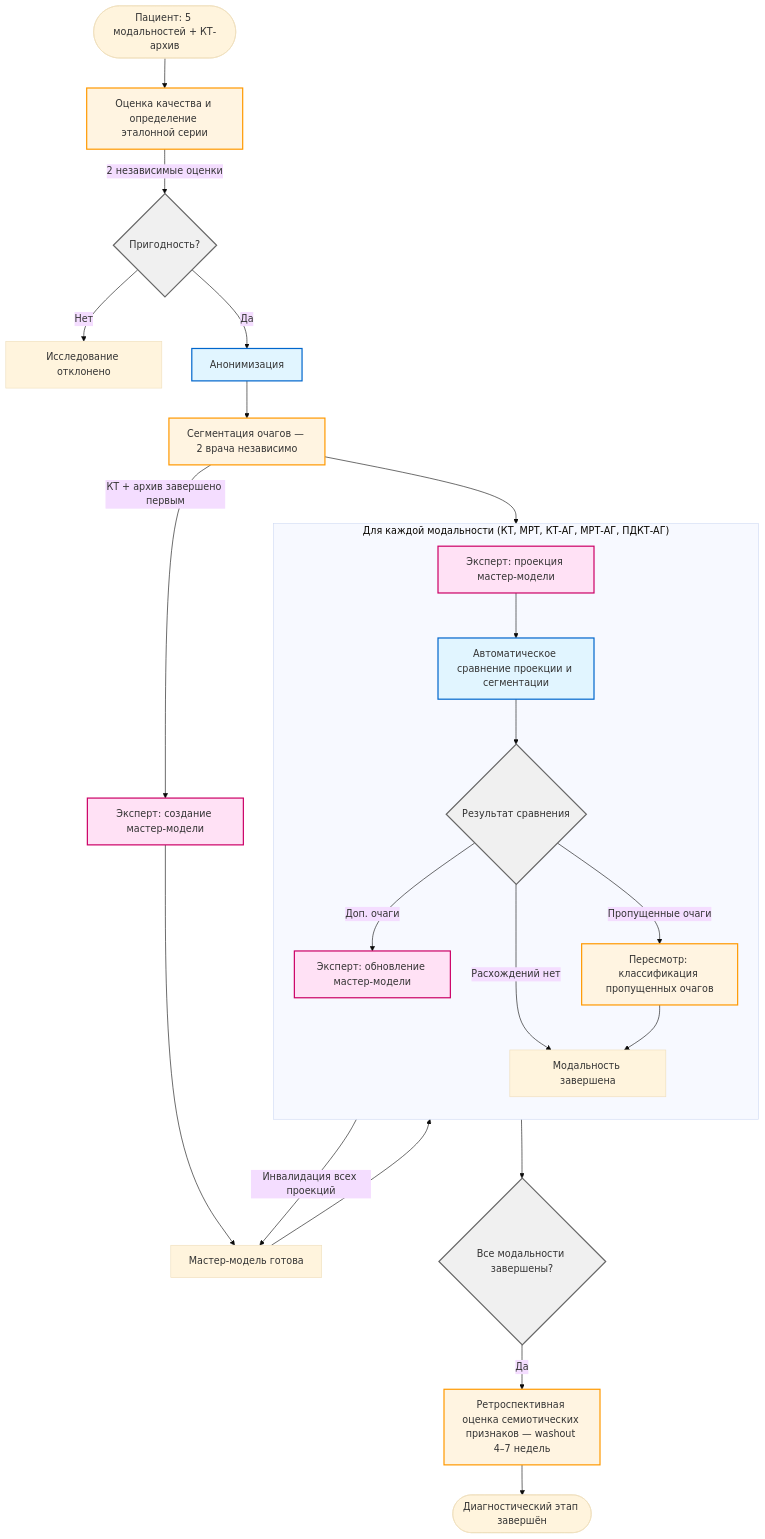
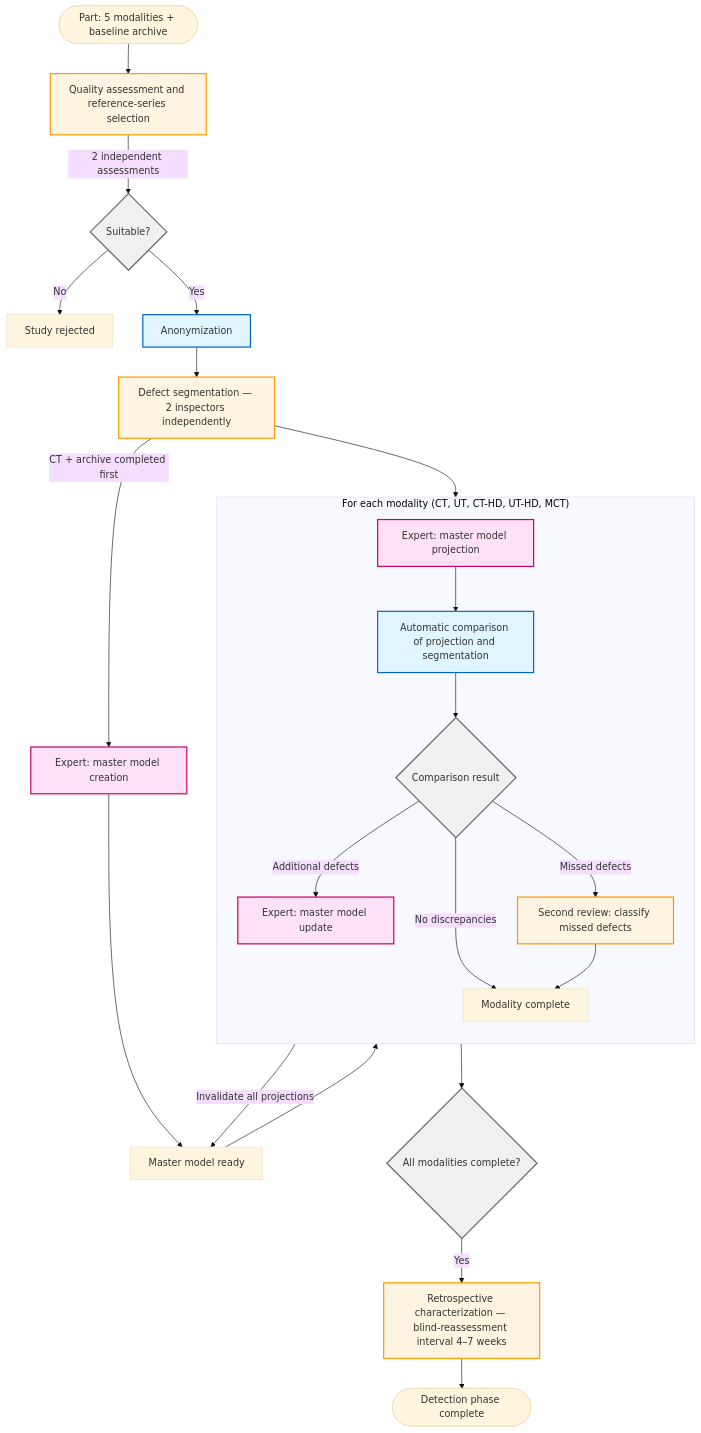
One commit to radionest/clarinet changed the first of 2 diagrams in examples/demo/docs/workflow_diagram.md. Above: the diagram before and after it, drawn with Mermaid (base theme). The commit also changed other lines of this file and 86 other files, not shown here.

````diff
--- a/examples/demo/docs/workflow_diagram.md
+++ b/examples/demo/docs/workflow_diagram.md
@@ -5,48 +5,48 @@
 ```mermaid
 flowchart TD
-    %% Начало процесса
-    Start([Пациент: 5 модальностей + КТ-архив]) --> QA[Оценка качества и определение эталонной серии]
-    QA -->|2 независимые оценки| QA_Dec{Пригодность?}
-    QA_Dec -->|Нет| Reject[Исследование отклонено]
-    QA_Dec -->|Да| Anon[Анонимизация]
+    %% Start of process
+    Start([Part: 5 modalities + baseline archive]) --> QA[Quality assessment and reference-series selection]
+    QA -->|2 independent assessments| QA_Dec{Suitable?}
+    QA_Dec -->|No| Reject[Study rejected]
+    QA_Dec -->|Yes| Anon[Anonymization]
 
-    %% Сегментация
-    Anon --> Seg[Сегментация очагов — 2 врача независимо]
+    %% Segmentation
+    Anon --> Seg[Defect segmentation — 2 inspectors independently]
 
-    %% Мастер-модель
-    Seg -->|КТ + архив завершено первым| MM_Create[Эксперт: создание мастер-модели]
-    MM_Create --> MM_Ready[Мастер-модель готова]
+    %% Master model
+    Seg -->|CT + archive completed first| MM_Create[Expert: master model creation]
+    MM_Create --> MM_Ready[Master model ready]
 
-    %% Цикл для каждой модальности
-    subgraph Loop ["Для каждой модальности (КТ, МРТ, КТ-АГ, МРТ-АГ, ПДКТ-АГ)"]
+    %% Loop for each modality
+    subgraph Loop ["For each modality (CT, UT, CT-HD, UT-HD, MCT)"]
         direction TB
-        Proj[Эксперт: проекция мастер-модели] --> Comp[Автоматическое сравнение проекции и сегментации]
-        Comp --> Result{Результат сравнения}
+        Proj[Expert: master model projection] --> Comp[Automatic comparison of projection and segmentation]
+        Comp --> Result{Comparison result}
 
-        Result -->|Доп. очаги| Update_MM[Эксперт: обновление мастер-модели]
-        Result -->|Пропущенные очаги| Review[Пересмотр: классификация пропущенных очагов]
-        Result -->|Расхождений нет| Done[Модальность завершена]
+        Result -->|Additional defects| Update_MM[Expert: master model update]
+        Result -->|Missed defects| Review[Second review: classify missed defects]
+        Result -->|No discrepancies| Done[Modality complete]
 
         Review --> Done
     end
 
     MM_Ready --> Proj
     Seg --> Comp
 
-    Update_MM -->|Инвалидация всех проекций| MM_Ready
+    Update_MM -->|Invalidate all projections| MM_Ready
 
-    Done --> Final{Все модальности завершены?}
-    Final -->|Да| Semiotics[Ретроспективная оценка семиотических признаков — washout 4–7 недель]
-    Semiotics --> DiagComplete([Диагностический этап завершён])
+    Done --> Final{All modalities complete?}
+    Final -->|Yes| Characterization[Retrospective characterization — blind-reassessment interval 4–7 weeks]
+    Characterization --> DiagComplete([Detection phase complete])
 
-    %% Стили
+    %% Styles
     classDef automatic fill:#e1f5ff,stroke:#0066cc,stroke-width:2px
     classDef manual fill:#fff4e1,stroke:#ff9900,stroke-width:2px
     classDef expert fill:#ffe1f5,stroke:#cc0066,stroke-width:2px
     classDef decision fill:#f0f0f0,stroke:#666,stroke-width:2px
 
     class Anon,Comp automatic
-    class QA,Seg,Review,Semiotics manual
+    class QA,Seg,Review,Characterization manual
     class MM_Create,Proj,Update_MM expert
     class QA_Dec,Result,Final decision
 ```
````
